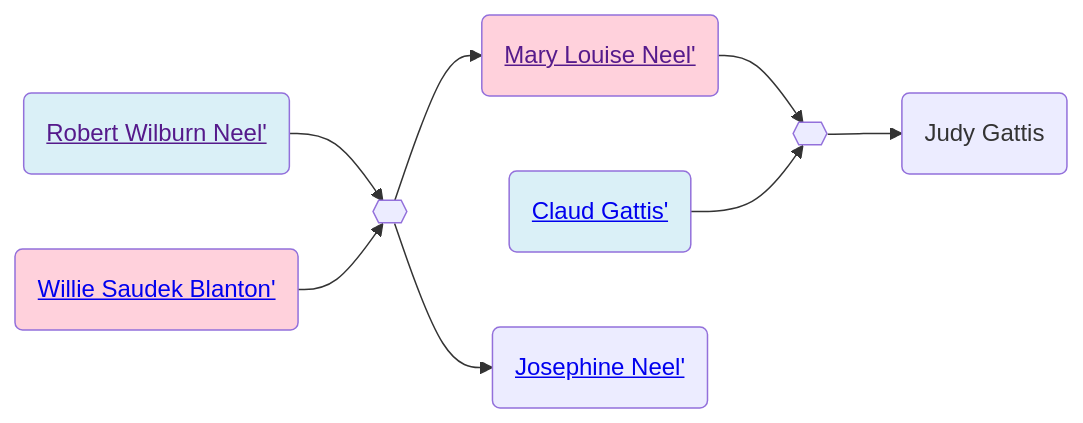
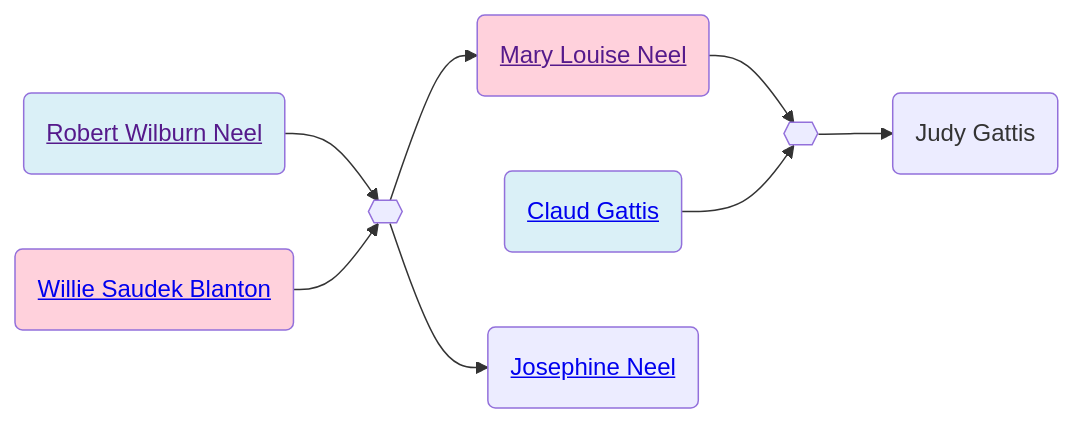
Before and after one commit to neelsmith/avocational: the second of 2 diagrams in familyhistory/sources/people/Neel-line/Robert_Wilburn_Neel.qmd, drawn with Mermaid. The commit also changed other lines of this file and 96 other files, not shown here.

````diff
--- a/familyhistory/sources/people/Neel-line/Robert_Wilburn_Neel.qmd
+++ b/familyhistory/sources/people/Neel-line/Robert_Wilburn_Neel.qmd
@@ -49,23 +49,23 @@
 ```{mermaid}
 graph LR
 %% LR descendant diagram
 class Robert_Wilburn_Neel_and_Willie_Saudek_Blanton marriage
-Robert_Wilburn_Neel(<a href=''>Robert Wilburn Neel'</>) --> Robert_Wilburn_Neel_and_Willie_Saudek_Blanton{{ }}
-Willie_Saudek_Blanton(<a href='./Blanton-line/Willie_Saudek_Blanton.html'>Willie Saudek Blanton'</>) --> Robert_Wilburn_Neel_and_Willie_Saudek_Blanton{{ }}
+Robert_Wilburn_Neel(<a href=''>Robert Wilburn Neel</a>) --> Robert_Wilburn_Neel_and_Willie_Saudek_Blanton{{ }}
+Willie_Saudek_Blanton(<a href='./Blanton-line/Willie_Saudek_Blanton.html'>Willie Saudek Blanton</a>) --> Robert_Wilburn_Neel_and_Willie_Saudek_Blanton{{ }}
 class Robert_Wilburn_Neel father
 class Willie_Saudek_Blanton mother
-Robert_Wilburn_Neel_and_Willie_Saudek_Blanton{{ }} --> Mary_Louise_Neel(<a href='./Mary_Louise_Neel.html'>Mary Louise Neel'</>)
+Robert_Wilburn_Neel_and_Willie_Saudek_Blanton{{ }} --> Mary_Louise_Neel(<a href='./Mary_Louise_Neel.html'>Mary Louise Neel</a>)
 class Mary_Louise_Neel_and_Claud_Gattis marriage
-Mary_Louise_Neel(<a href=''>Mary Louise Neel'</>) --> Mary_Louise_Neel_and_Claud_Gattis{{ }}
-Claud_Gattis(<a href='./../Gattis-line/Claud_Gattis.html'>Claud Gattis'</>) --> Mary_Louise_Neel_and_Claud_Gattis{{ }}
+Mary_Louise_Neel(<a href=''>Mary Louise Neel</a>) --> Mary_Louise_Neel_and_Claud_Gattis{{ }}
+Claud_Gattis(<a href='./../Gattis-line/Claud_Gattis.html'>Claud Gattis</a>) --> Mary_Louise_Neel_and_Claud_Gattis{{ }}
 class Claud_Gattis father
 class Mary_Louise_Neel mother
 Mary_Louise_Neel_and_Claud_Gattis{{ }} --> Judy_Gattis(Judy Gattis)
 class Robert_Wilburn_Neel father
 class Willie_Saudek_Blanton mother
-Robert_Wilburn_Neel_and_Willie_Saudek_Blanton{{ }} --> Josephine_Neel(<a href='./Josephine_Neel.html'>Josephine Neel'</>)
+Robert_Wilburn_Neel_and_Willie_Saudek_Blanton{{ }} --> Josephine_Neel(<a href='./Josephine_Neel.html'>Josephine Neel</a>)
 classDef mother fill:#ffd1dc
 classDef father fill:#daf0f7  
 classDef marriage fill:#ffffff
 
 ```
````
